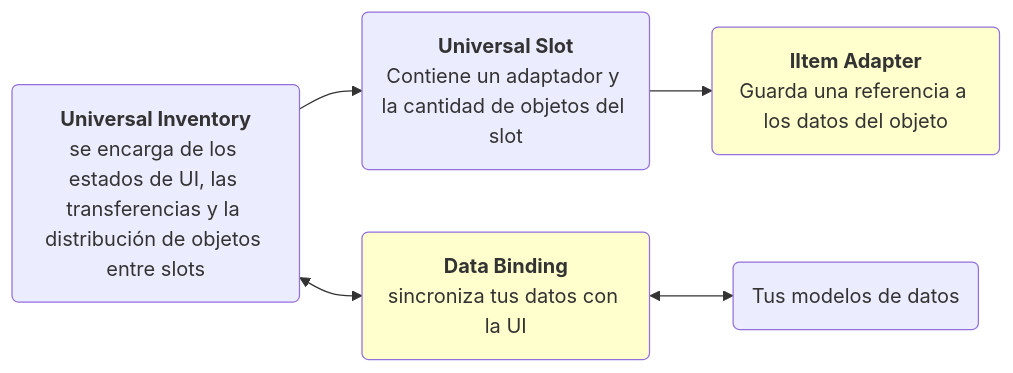
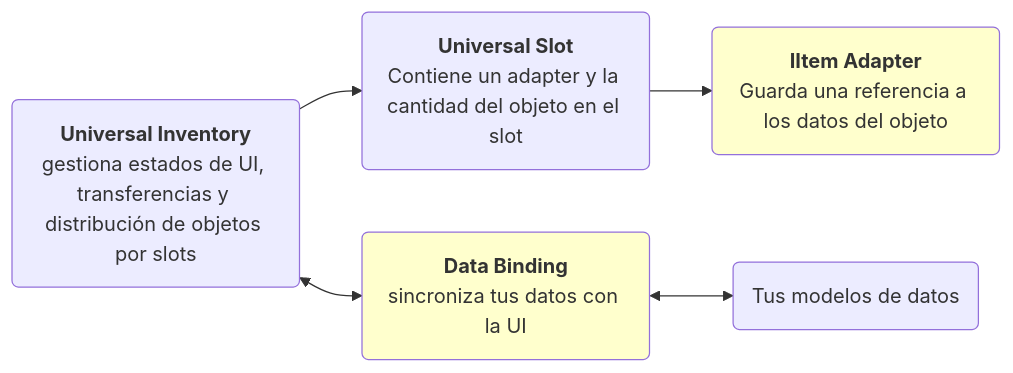
One commit to SergeevSergey99/DragAndDropSystem-Docs changed the diagram in .docs/content/index.es.md. Above: the diagram before and after it, drawn with Mermaid. The commit also changed other lines of this file and 19 other files, not shown here.

````diff
--- a/.docs/content/index.es.md
+++ b/.docs/content/index.es.md
@@ -70,20 +81,19 @@
 ```mermaid
 flowchart LR
-    Inventory@{ shape: rounded, label: "<b>Universal Inventory</b>\nse encarga de los estados de UI, las transferencias y la distribución de objetos entre slots" }
+    Inventory@{ shape: rounded, label: "<b>Universal Inventory</b>\ngestiona estados de UI, transferencias y distribución de objetos por slots" }
     
-    Slot@{ shape: rounded, label: "<b>Universal Slot</b>\nContiene un adaptador y la cantidad de objetos del slot" }
+    Slot@{ shape: rounded, label: "<b>Universal Slot</b>\nContiene un adapter y la cantidad del objeto en el slot" }
 
     Adapter@{ shape: rounded, label: "<b>IItem Adapter</b>\nGuarda una referencia a los datos del objeto" }
     style Adapter fill:#FF44
 
     Binding@{ shape: rounded, label: "<b>Data Binding</b><br/>sincroniza tus datos con la UI" }
     style Binding fill:#FF44
 
     Data@{ shape: rounded, label: "Tus modelos de datos" }
 
     Inventory --> Slot    
     Slot --> Adapter
     Binding <--> Data    
     Inventory <--> Binding
-
 ```
````
